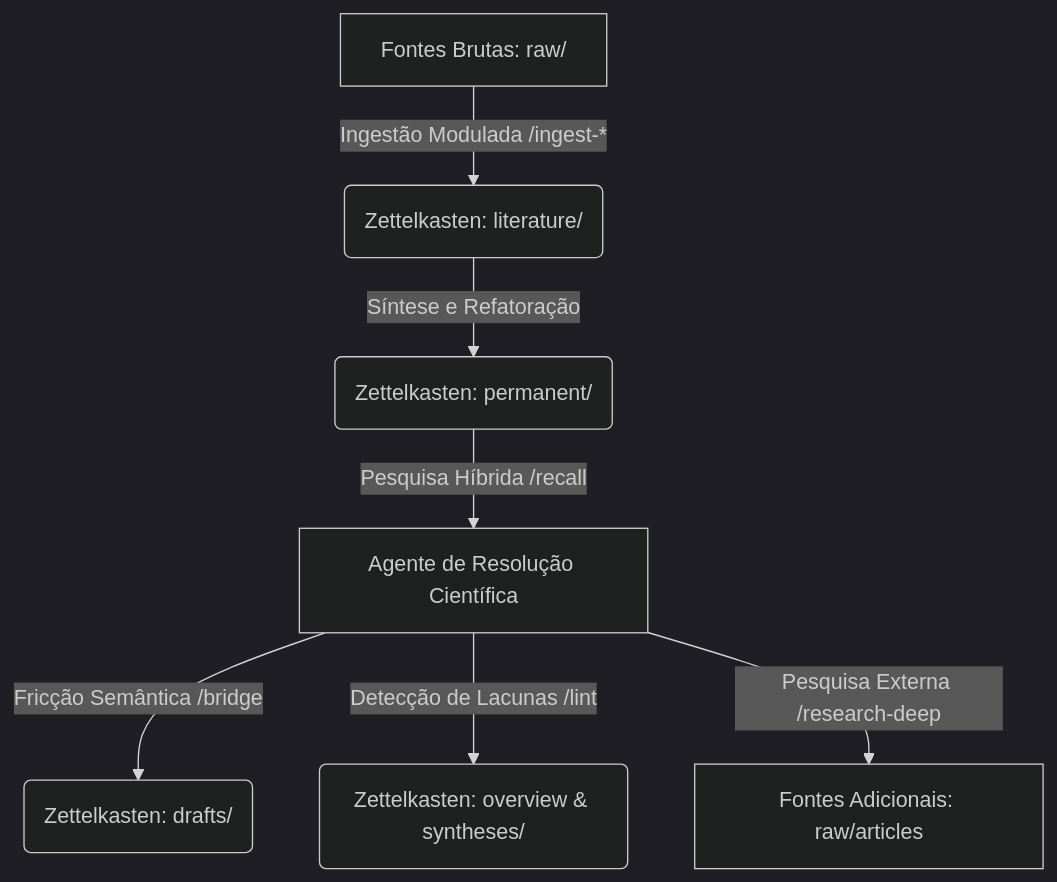
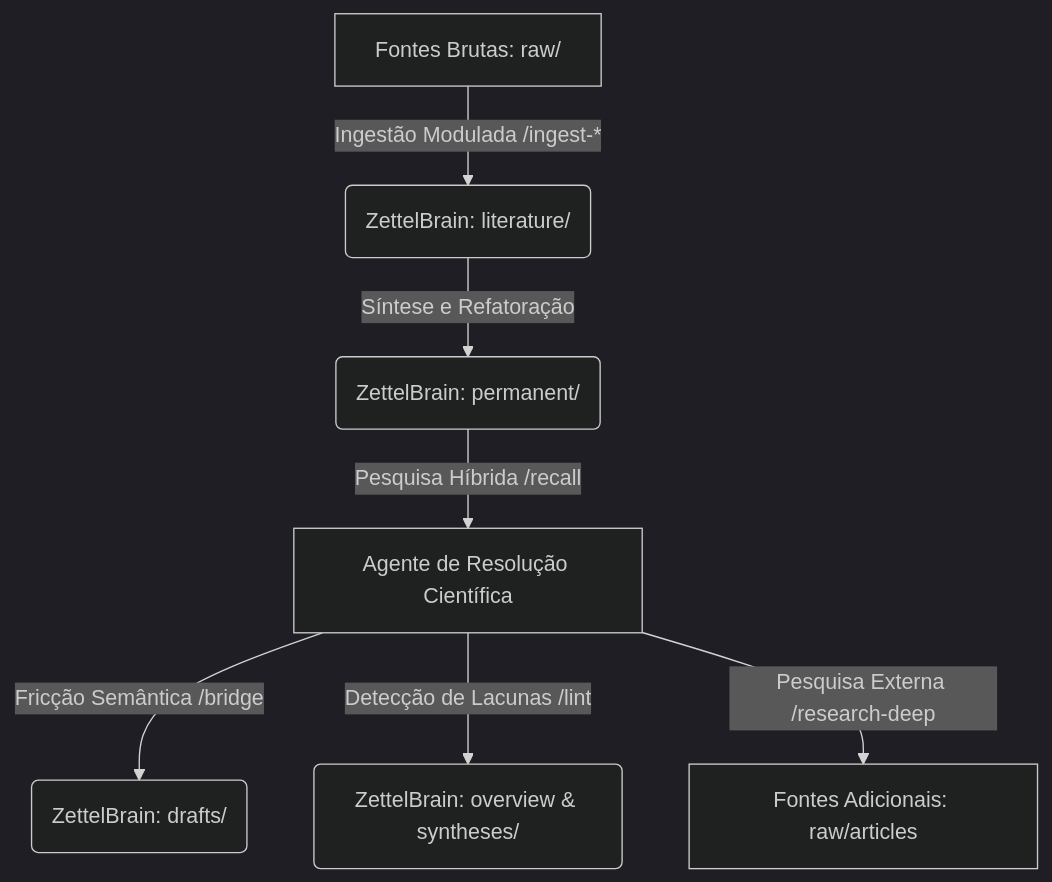
One commit to alexcamargos/llm_zettelkasten changed the diagram in Manual_Funcionalidades_Agente.md. Above: the diagram before and after it, drawn with Mermaid (dark theme). The commit also changed other lines of this file, not shown here.

Commit message:
fix: update references from zettelkasten to zettelbrain for consistency in Manual_Funcionalidades_Agente.md

````diff
--- a/Manual_Funcionalidades_Agente.md
+++ b/Manual_Funcionalidades_Agente.md
@@ -10,9 +10,9 @@
 ```mermaid
 flowchart TD
-    A[Fontes Brutas: raw/] -->|Ingestão Modulada /ingest-*| B(Zettelkasten: literature/)
-    B -->|Síntese e Refatoração| C(Zettelkasten: permanent/)
+    A[Fontes Brutas: raw/] -->|Ingestão Modulada /ingest-*| B(ZettelBrain: literature/)
+    B -->|Síntese e Refatoração| C(ZettelBrain: permanent/)
     C -->|Pesquisa Híbrida /recall| D[Agente de Resolução Científica]
-    D -->|Fricção Semântica /bridge| E(Zettelkasten: drafts/)
-    D -->|Detecção de Lacunas /lint| F(Zettelkasten: overview & syntheses/)
+    D -->|Fricção Semântica /bridge| E(ZettelBrain: drafts/)
+    D -->|Detecção de Lacunas /lint| F(ZettelBrain: overview & syntheses/)
     D -->|Pesquisa Externa /research-deep| G[Fontes Adicionais: raw/articles]
 ```
````
